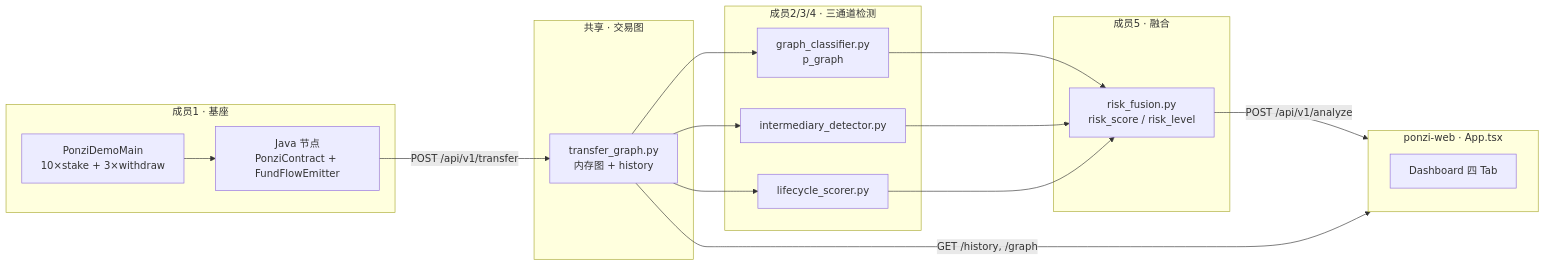
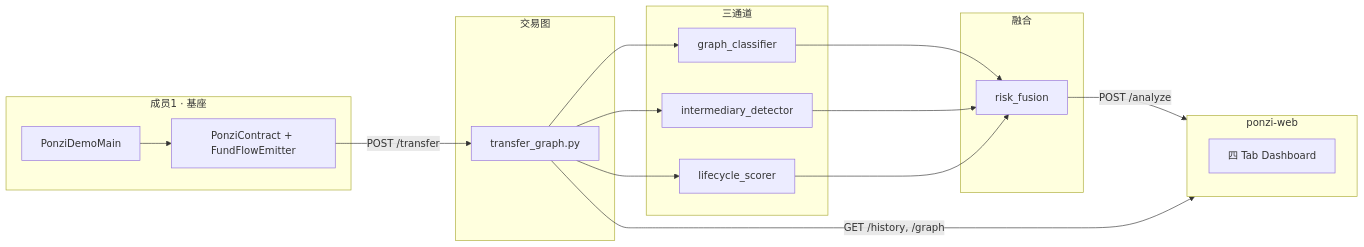
One commit to 1589572071-bot/Ponzi changed the diagram in README.md. Above: the diagram before and after it, drawn with Mermaid. The commit also changed other lines of this file and 19 other files, not shown here.

First line of the commit message:
feat: wire Java demo pipeline, visual report UI, and refined README.

````diff
--- a/README.md
+++ b/README.md
@@ -25,36 +55,27 @@
 ```mermaid
 flowchart LR
   subgraph L1["成员1 · 基座"]
-    Java["Java 节点\nPonziContract + FundFlowEmitter"]
-    Demo["PonziDemoMain\n10×stake + 3×withdraw"]
+    Java["PonziContract + FundFlowEmitter"]
+    Demo["PonziDemoMain"]
   end
-
-  subgraph L2["共享 · 交易图"]
-    TG["transfer_graph.py\n内存图 + history"]
+  subgraph L2["交易图"]
+    TG["transfer_graph.py"]
   end
-
-  subgraph L3["成员2/3/4 · 三通道检测"]
-    ML["graph_classifier.py\np_graph"]
-    INT["intermediary_detector.py"]
-    LC["lifecycle_scorer.py"]
+  subgraph L3["三通道"]
+    ML["graph_classifier"]
+    INT["intermediary_detector"]
+    LC["lifecycle_scorer"]
   end
-
-  subgraph L5["成员5 · 融合"]
-    RF["risk_fusion.py\nrisk_score / risk_level"]
+  subgraph L5["融合"]
+    RF["risk_fusion"]
   end
-
-  subgraph UI["ponzi-web · App.tsx"]
-    Dash["Dashboard 四 Tab"]
+  subgraph UI["ponzi-web"]
+    Dash["四 Tab Dashboard"]
   end
-
-  Java -->|"POST /api/v1/transfer"| TG
+  Java -->|"POST /transfer"| TG
   Demo --> Java
-  TG --> ML
-  TG --> INT
-  TG --> LC
-  ML --> RF
-  INT --> RF
-  LC --> RF
-  RF -->|"POST /api/v1/analyze"| UI
+  TG --> ML & INT & LC
+  ML & INT & LC --> RF
+  RF -->|"POST /analyze"| UI
   TG -->|"GET /history, /graph"| UI
 ```
````
